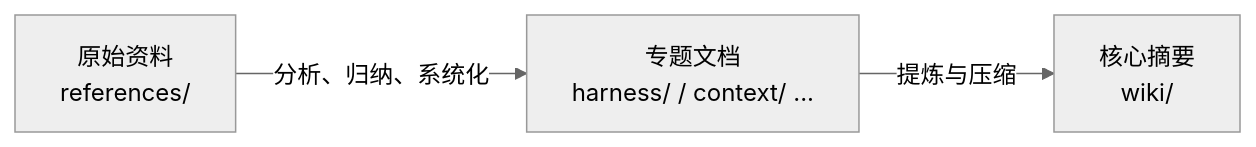
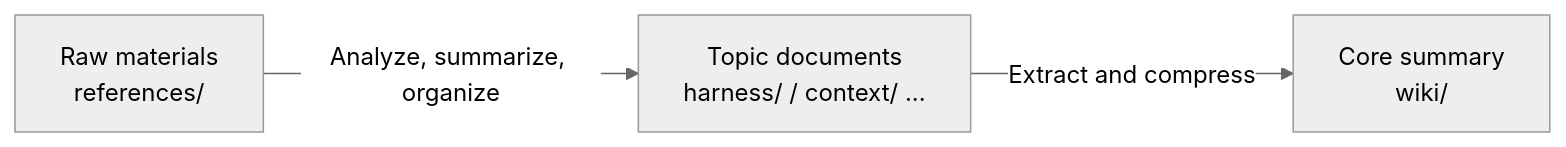
The first of 2 diagrams in test/comprehensive-test.md (hy-shine/vscode-markdown-lint), drawn with Mermaid (neutral theme) before and after one commit. The commit also changed other lines of this file, not shown here.

````diff
--- a/test/comprehensive-test.md
+++ b/test/comprehensive-test.md
@@ -11,5 +16,5 @@
 ```mermaid
 flowchart LR
-    A["原始资料<br>references/"] -->|"分析、归纳、系统化"| B["专题文档<br>harness/ / context/ ..."]
-    B -->|"提炼与压缩"| C["核心摘要<br>wiki/"]
+    A["Raw materials<br>references/"] -->|"Analyze, summarize, organize"| B["Topic documents<br>harness/ / context/ ..."]
+    B -->|"Extract and compress"| C["Core summary<br>wiki/"]
 ```
````
